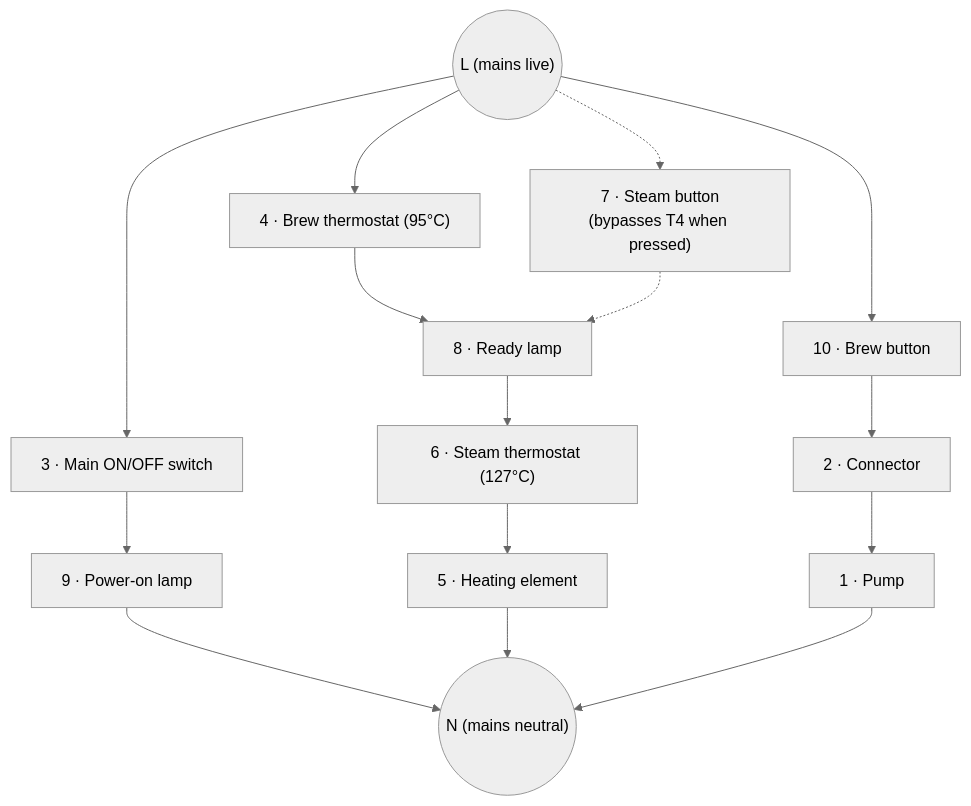
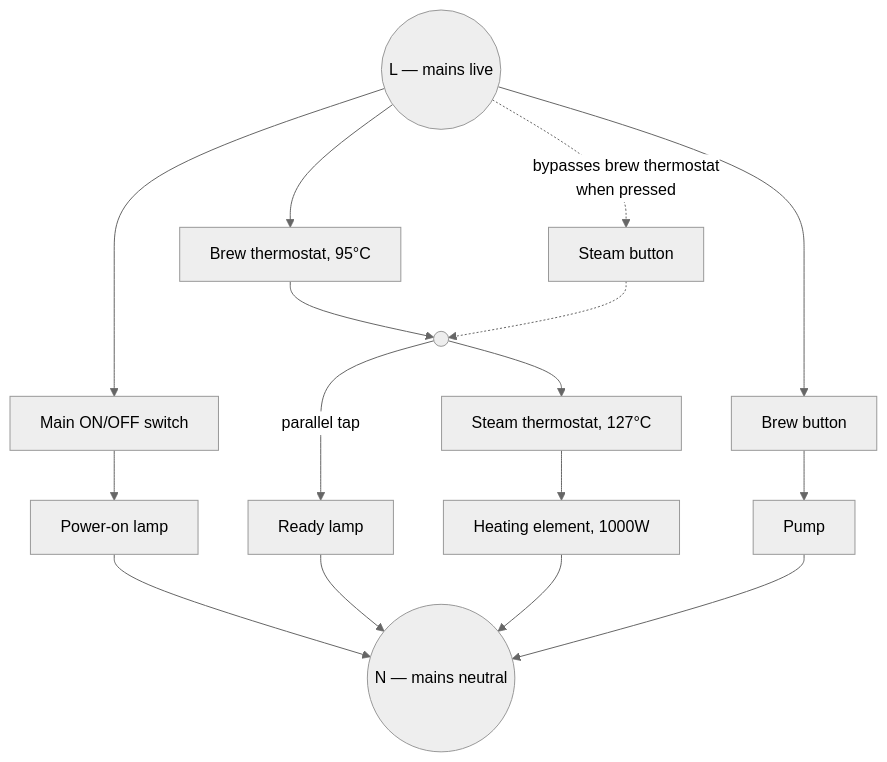
One commit to benykoren/gaggia-brew-master-esp changed the first of 2 diagrams in docs/oem-manuals/README.md. Above: the diagram before and after it, drawn with Mermaid (neutral theme). The commit also changed other lines of this file and 1 other file, not shown here.

First line of the commit message:
Translate schematic transcriptions to English, fix 2 validation errors, add parts catalog

````diff
--- a/docs/oem-manuals/README.md
+++ b/docs/oem-manuals/README.md
@@ -63,22 +66,23 @@
 ```mermaid
 flowchart TD
-    L(("L (mains live)"))
-    N(("N (mains neutral)"))
+    L(("L — mains live"))
+    N(("N — mains neutral"))
 
-    L --> SW3["3 · Main ON/OFF switch"]
-    SW3 --> LMP9["9 · Power-on lamp"]
+    L --> SW3["Main ON/OFF switch"]
+    SW3 --> LMP9["Power-on lamp"]
     LMP9 --> N
 
-    L --> T4["4 · Brew thermostat (95°C)"]
-    L -.-> SW7["7 · Steam button<br/>(bypasses T4 when pressed)"]
-    T4 --> LMP8["8 · Ready lamp"]
-    SW7 -.-> LMP8
-    LMP8 --> T6["6 · Steam thermostat (127°C)"]
-    T6 --> R5["5 · Heating element"]
+    L --> T4["Brew thermostat, 95°C"]
+    L -. "bypasses brew thermostat<br/>when pressed" .-> SW7["Steam button"]
+    T4 --> J((" "))
+    SW7 -.-> J
+    J -- parallel tap --> LMP8["Ready lamp"]
+    LMP8 --> N
+    J --> T6["Steam thermostat, 127°C"]
+    T6 --> R5["Heating element, 1000W"]
     R5 --> N
 
-    L --> SW10["10 · Brew button"]
-    SW10 --> PLUG2["2 · Connector"]
-    PLUG2 --> PUMP1["1 · Pump"]
+    L --> SW10["Brew button"]
+    SW10 --> PUMP1["Pump"]
     PUMP1 --> N
 ```
````
